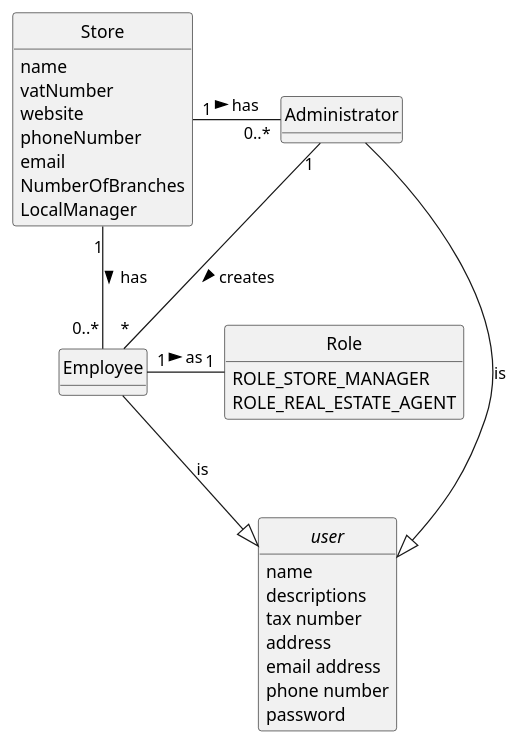
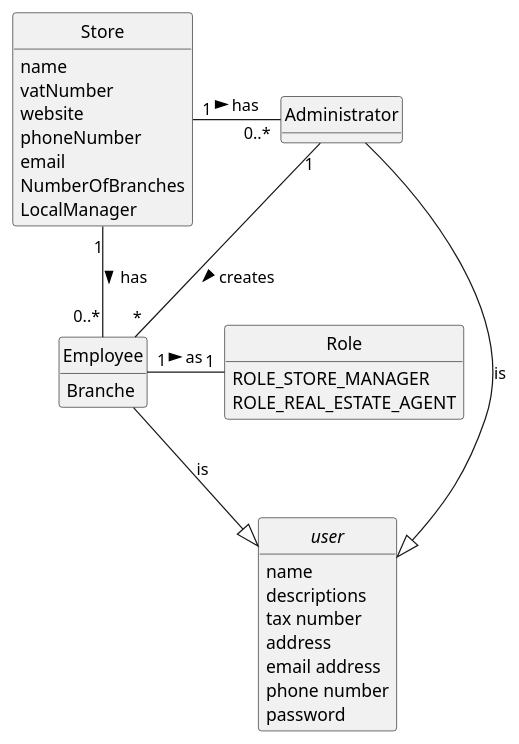
Before and after one commit to hugosilva2901/lei-22-s2-1DO-g68: the diagram in lei-22-s2-1do-g68/docs/sprintA/us003/02.analysis/puml/us003-domain-model.puml, drawn with PlantUML. The commit also changed 2 other files, not shown here.

```diff
--- a/lei-22-s2-1do-g68/docs/sprintA/us003/02.analysis/puml/us003-domain-model.puml
+++ b/lei-22-s2-1do-g68/docs/sprintA/us003/02.analysis/puml/us003-domain-model.puml
@@ -1,48 +1,48 @@
 @startuml
 skinparam monochrome true
 skinparam packageStyle rectangle
 skinparam shadowing false
 
 'left to right direction
 
 skinparam classAttributeIconSize 0
 
 hide circle
 hide methods
 
 class Store{
 name
 vatNumber
 website
 phoneNumber
 email
 NumberOfBranches
 LocalManager
 }
 class Employee {
-
+Branche
 }
 class Role {
     ROLE_STORE_MANAGER
     ROLE_REAL_ESTATE_AGENT
 }
 
 abstract class user{
     name
     descriptions
     tax number
     address
     email address
     phone number
     password
 }
 
 class Administrator {
 }
 Administrator --|> user : is
 Employee --|> user : is
 Store "1" - "0..*" Administrator : has >
 Store "1" - "0..*" Employee: has >
 Administrator "1" -- "*" Employee : creates >
 Employee "1" - "1" Role: as >
 @enduml
```
